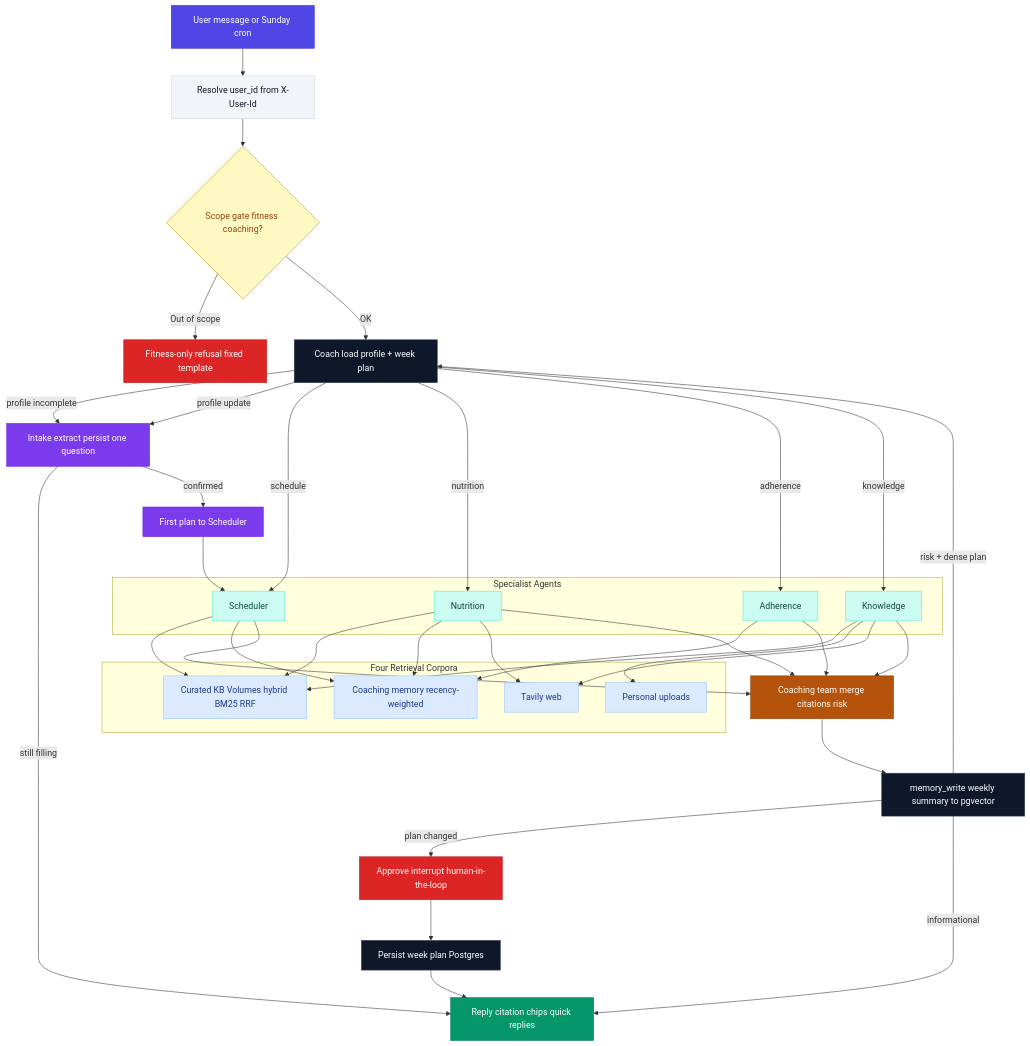
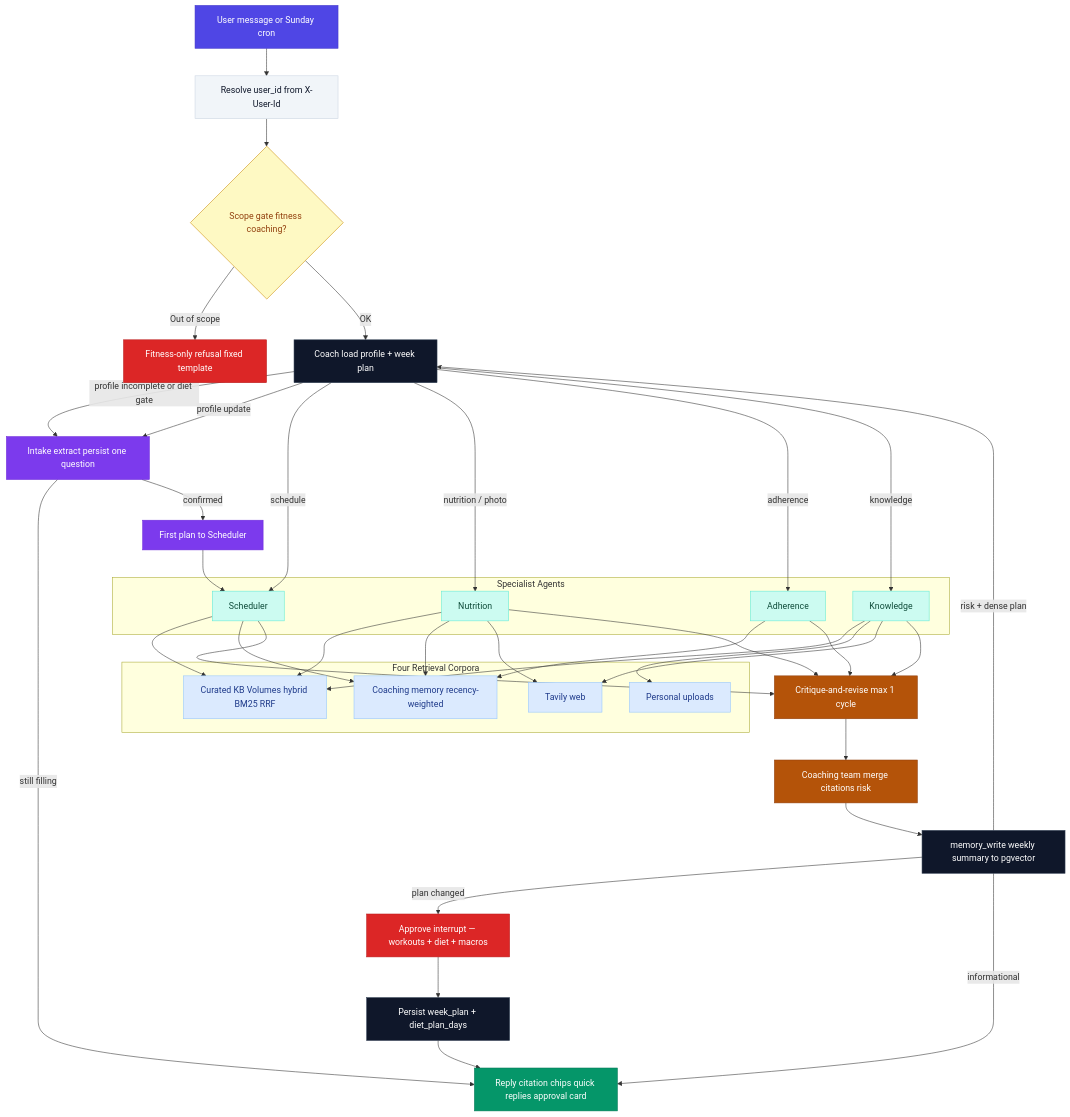
The third of 3 diagrams in deliverables.md (saurabhIU/SteadyFit), drawn with Mermaid before and after one commit. The commit also changed other lines of this file and 2 other files, not shown here.

```diff
--- a/deliverables.md
+++ b/deliverables.md
@@ -217,23 +218,24 @@
         WEB[Tavily web]
     end
 
+    CRIT[Critique-and-revise max 1 cycle]
     TEAM[Coaching team merge citations risk]
     MWRITE[memory_write weekly summary to pgvector]
-    HITL[Approve interrupt human-in-the-loop]
-    SAVE[Persist week plan Postgres]
-    OUT[Reply citation chips quick replies]
+    HITL[Approve interrupt — workouts + diet + macros]
+    SAVE[Persist week_plan + diet_plan_days]
+    OUT[Reply citation chips quick replies approval card]
 
     IN --> UID
     UID --> SG
     SG -->|Out of scope| REJ
     SG -->|OK| COACH
-    COACH -->|profile incomplete| INT
+    COACH -->|profile incomplete or diet gate| INT
     INT -->|still filling| OUT
     INT -->|confirmed| FIRST
     FIRST --> SCH
     COACH -->|profile update| INT
     COACH -->|schedule| SCH
-    COACH -->|nutrition| NUT
+    COACH -->|nutrition / photo| NUT
     COACH -->|adherence| ADH
     COACH -->|knowledge| KNOW
     SCH --> KB
@@ -245,10 +247,11 @@
     KNOW --> KB
     KNOW --> PERS
     KNOW --> WEB
-    SCH --> TEAM
-    NUT --> TEAM
-    ADH --> TEAM
-    KNOW --> TEAM
+    SCH --> CRIT
+    NUT --> CRIT
+    ADH --> CRIT
+    KNOW --> CRIT
+    CRIT --> TEAM
     TEAM --> MWRITE
     MWRITE -->|risk + dense plan| COACH
     MWRITE -->|plan changed| HITL
@@ -263,6 +266,7 @@
     style INT fill:#7c3aed,stroke:#6d28d9,color:#fff
     style FIRST fill:#7c3aed,stroke:#6d28d9,color:#fff
     style TEAM fill:#b45309,stroke:#92400e,color:#fff
+    style CRIT fill:#b45309,stroke:#92400e,color:#fff
     style MWRITE fill:#0f172a,stroke:#334155,color:#fff
     style HITL fill:#dc2626,stroke:#b91c1c,color:#fff
     style SAVE fill:#0f172a,stroke:#334155,color:#fff
```
